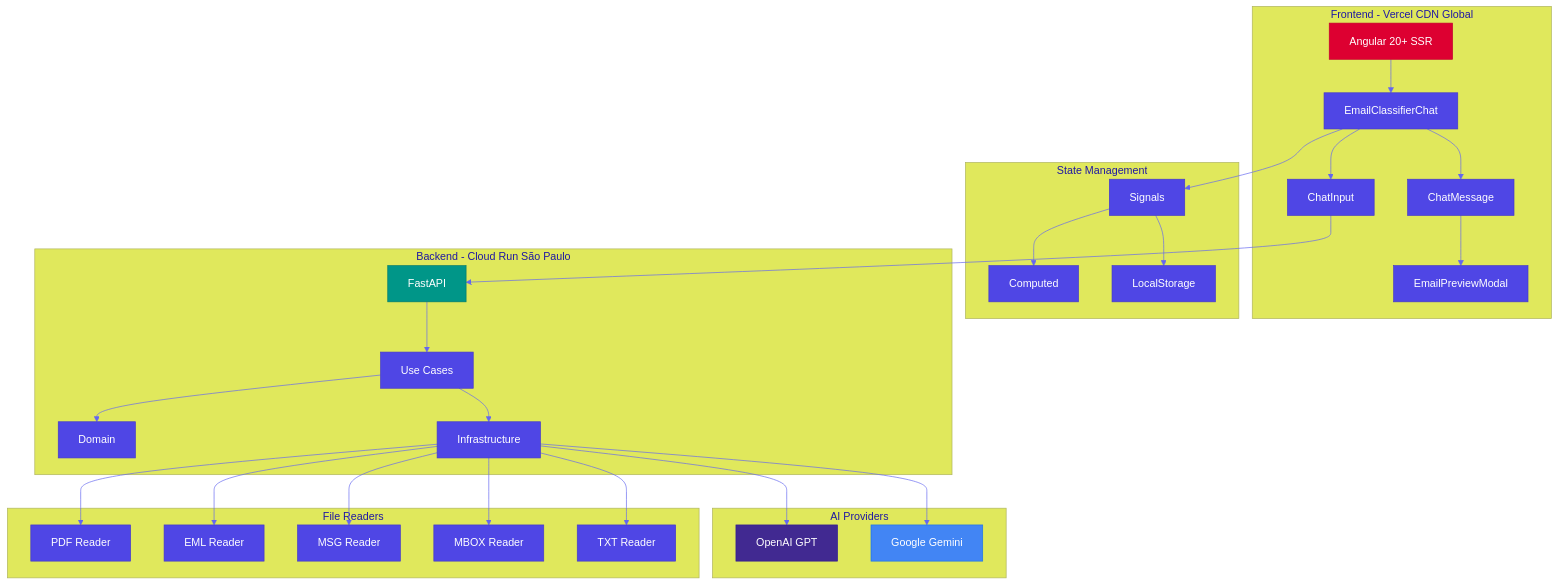
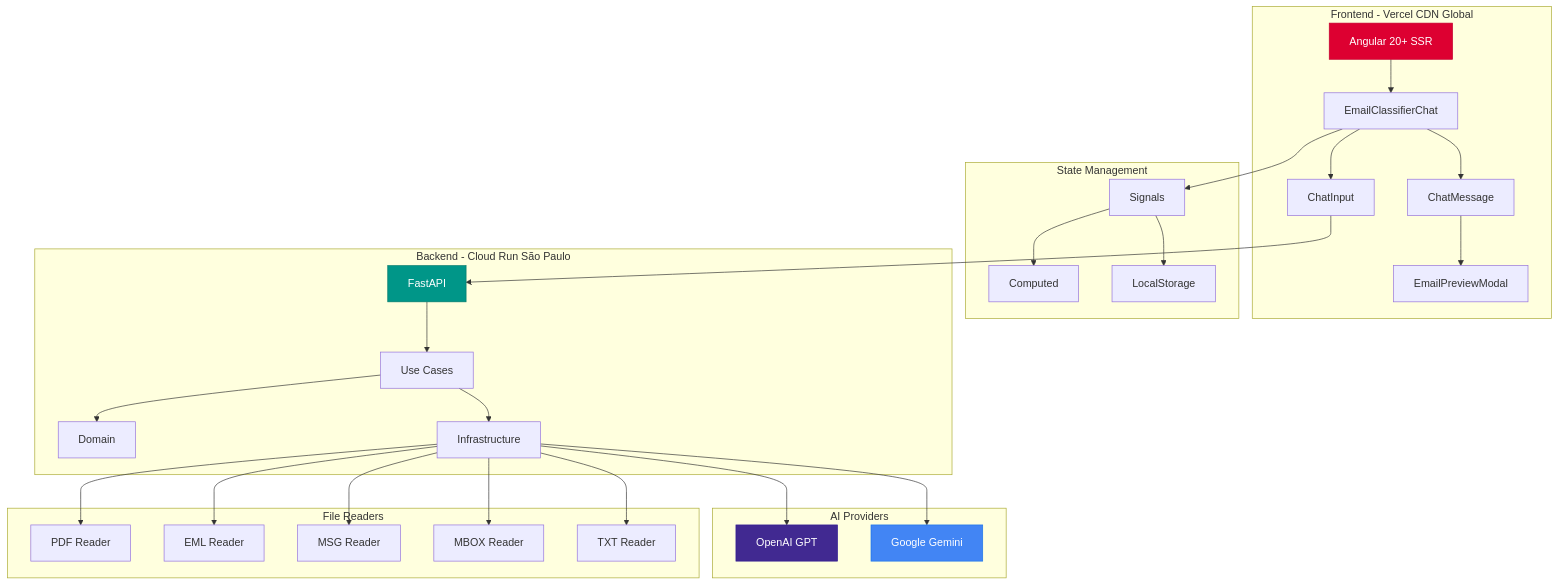
Before and after one commit to wmakeouthill/certificados-wesley: the first of 4 diagrams in portfolio-content/projects/desafio_fullstack.md, drawn with Mermaid. The commit also changed other lines of this file and 3 other files, not shown here.

````diff
--- a/portfolio-content/projects/desafio_fullstack.md
+++ b/portfolio-content/projects/desafio_fullstack.md
@@ -140,53 +140,53 @@
 ```mermaid
-%%{init: {'theme': 'base', 'themeVariables': { 'primaryColor': '#4f46e5', 'primaryTextColor': '#fff', 'primaryBorderColor': '#4338ca', 'lineColor': '#6366f1'}}}%%
+%%{title: "Arquitetura Geral do Sistema"}%%
 graph TB
     subgraph "Frontend - Vercel CDN Global"
         A[Angular 20+ SSR] --> B[EmailClassifierChat]
         B --> C[ChatInput]
         B --> D[ChatMessage]
         D --> E[EmailPreviewModal]
     end
 
     subgraph "State Management"
         F[Signals]
         G[Computed]
         H[LocalStorage]
     end
 
     subgraph "Backend - Cloud Run São Paulo"
         I[FastAPI]
         I --> J[Use Cases]
         J --> K[Domain]
         J --> L[Infrastructure]
     end
 
     subgraph "AI Providers"
         M[OpenAI GPT]
         N[Google Gemini]
     end
 
     subgraph "File Readers"
         O[PDF Reader]
         P[EML Reader]
         Q[MSG Reader]
         R[MBOX Reader]
         S[TXT Reader]
     end
 
     B --> F
     F --> G
     F --> H
     C --> I
     L --> M
     L --> N
     L --> O
     L --> P
     L --> Q
     L --> R
     L --> S
 
     style A fill:#dd0031,stroke:#c3002f,color:#fff
     style I fill:#009688,stroke:#00796b,color:#fff
     style M fill:#412991,stroke:#311b92,color:#fff
     style N fill:#4285F4,stroke:#1a73e8,color:#fff
 ```
````
